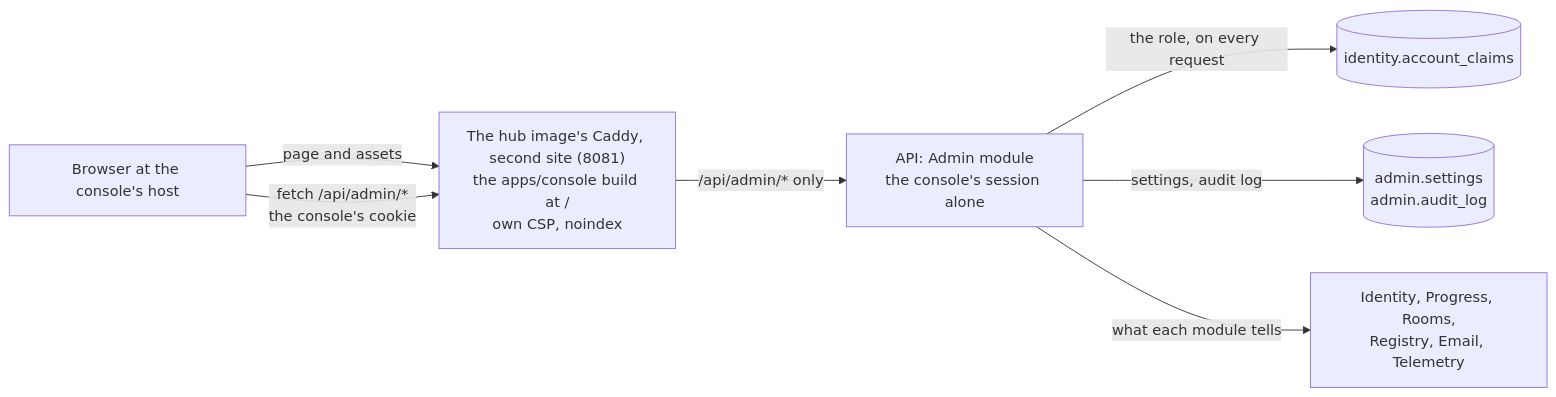
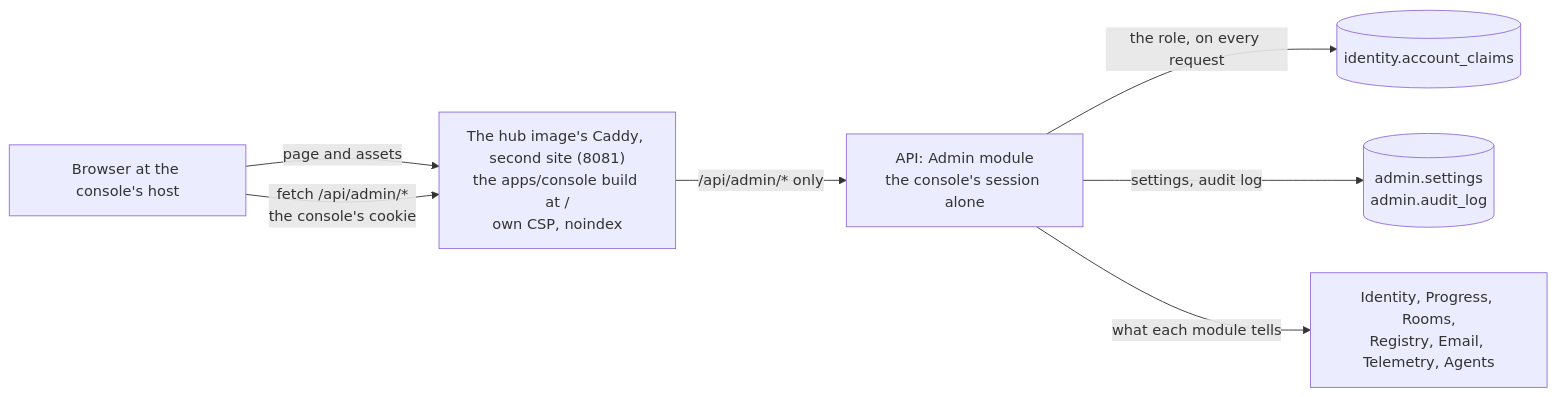
Before and after one commit to vinh466/tohe-play: the first of 6 diagrams in docs/architecture/admin.md, drawn with Mermaid. The commit also changed other lines of this file and 28 other files, not shown here.

First line of the commit message:
feat(api): agent tokens — named agents, scoped tokens, the scopes no agent gets (ADR 0052)

````diff
--- a/docs/architecture/admin.md
+++ b/docs/architecture/admin.md
@@ -22,9 +24,9 @@
 ```mermaid
 flowchart LR
   browser["Browser at the console's host"] -- "page and assets" --> site["The hub image's Caddy, second site (8081)<br/>the apps/console build at /<br/>own CSP, noindex"]
   browser -- "fetch /api/admin/*<br/>the console's cookie" --> site
   site -- "/api/admin/* only" --> api["API: Admin module<br/>the console's session alone"]
   api -- "the role, on every request" --> claims[("identity.account_claims")]
   api -- "settings, audit log" --> admin[("admin.settings<br/>admin.audit_log")]
-  api -- "what each module tells" --> modules["Identity, Progress, Rooms,<br/>Registry, Email, Telemetry"]
+  api -- "what each module tells" --> modules["Identity, Progress, Rooms,<br/>Registry, Email, Telemetry, Agents"]
 ```
````
